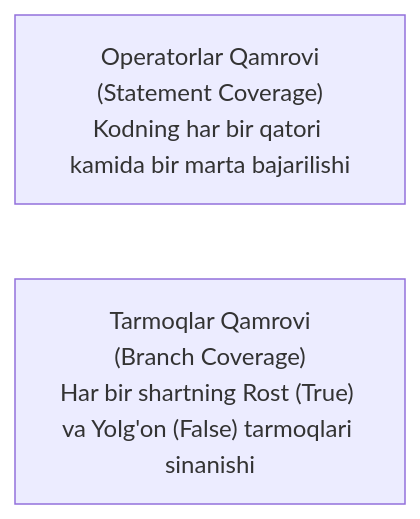
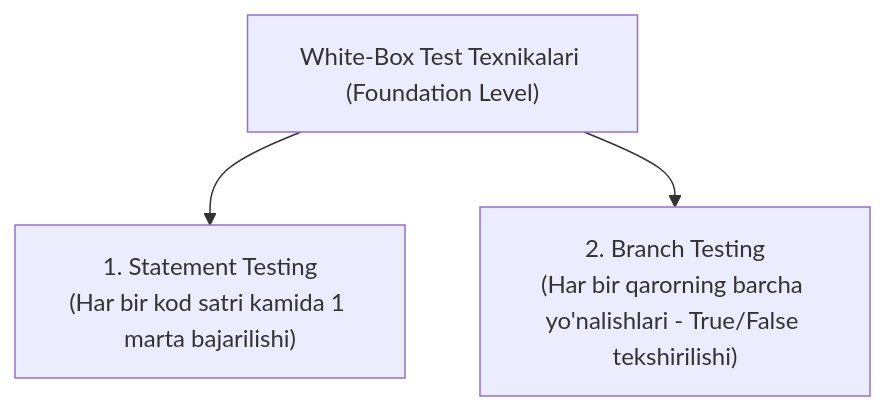
One commit to Ergashov15/qa-uzbekistan changed the fifth of 10 diagrams in app/docs/istqb-foundation/test-analysis-and-design/page.mdx. Above: the diagram before and after it, drawn with Mermaid. The commit also changed other lines of this file and 5 other files, not shown here.

````diff
--- a/app/docs/istqb-foundation/test-analysis-and-design/page.mdx
+++ b/app/docs/istqb-foundation/test-analysis-and-design/page.mdx
@@ -51,5 +667,6 @@
 ```mermaid
-flowchart LR
-    SC["Operatorlar Qamrovi\n(Statement Coverage)\nKodning har bir qatori kamida bir marta bajarilishi"]
-    BC["Tarmoqlar Qamrovi\n(Branch Coverage)\nHar bir shartning Rost (True) va Yolg'on (False) tarmoqlari sinanishi"]
+flowchart TD
+    WBT["White-Box Test Texnikalari (Foundation Level)"]
+    WBT --> ST["1. Statement Testing\n(Har bir kod satri kamida 1 marta bajarilishi)"]
+    WBT --> BT["2. Branch Testing\n(Har bir qarorning barcha yo'nalishlari - True/False tekshirilishi)"]
 ```
````
